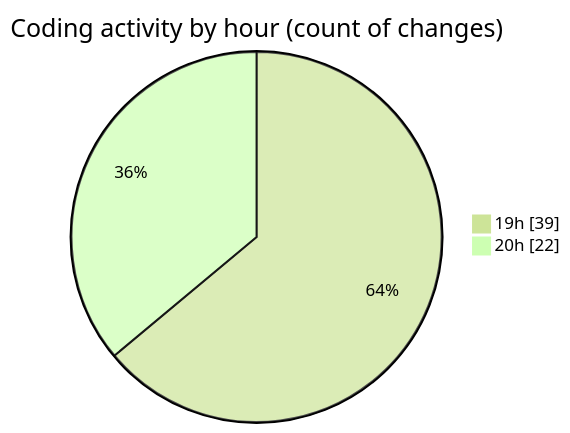
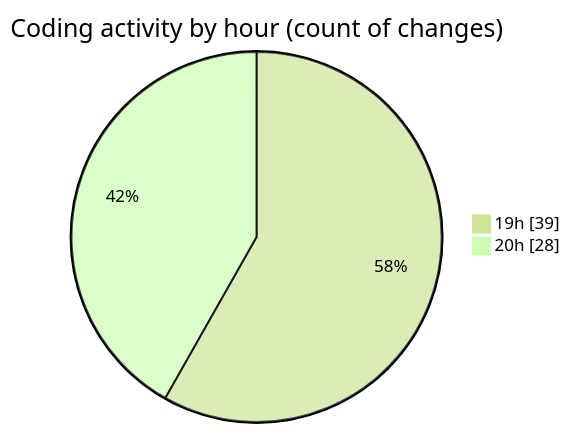
The second of 2 diagrams in 2026-06-16/cda/README.md (momahboobian/code-tracking), drawn with Mermaid (forest theme) before and after one commit. The commit also changed other lines of this file and 1 other file, not shown here.

````diff
--- a/2026-06-16/cda/README.md
+++ b/2026-06-16/cda/README.md
@@ -54,6 +55,6 @@
 ```mermaid
 pie showData
 title Coding activity by hour (count of changes)
 "19h" : 39
-"20h" : 22
+"20h" : 28
 ```
````
